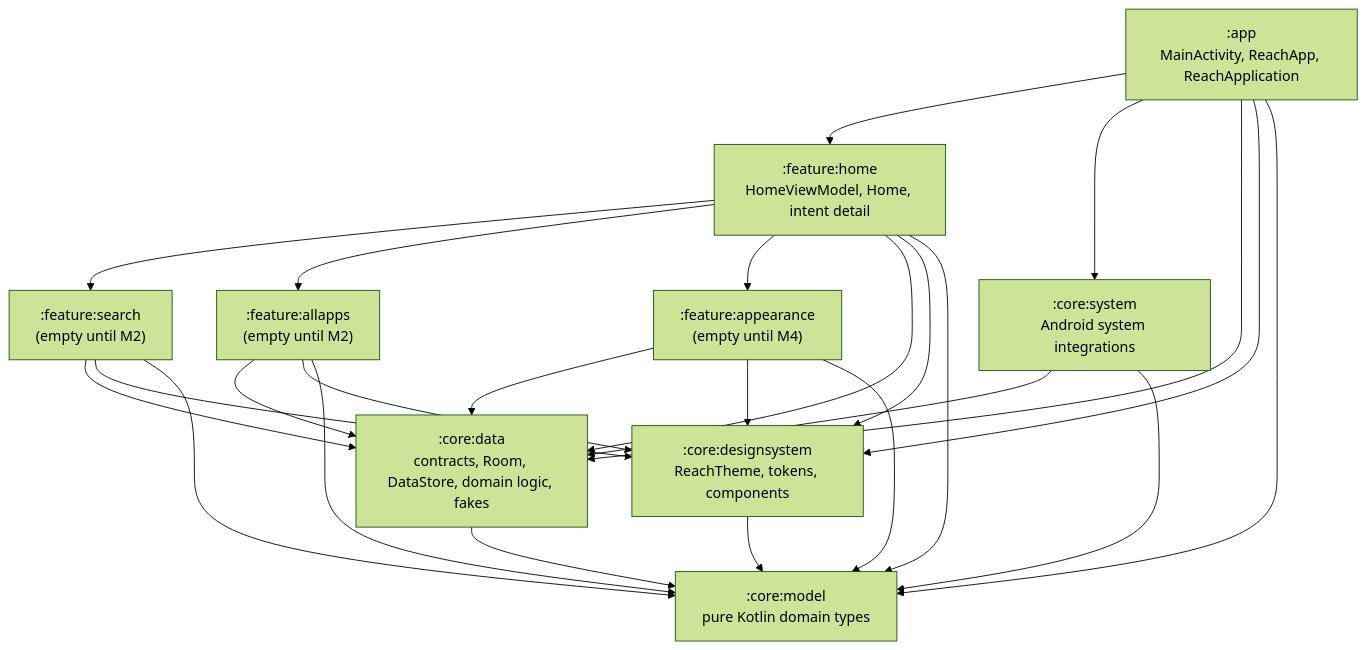
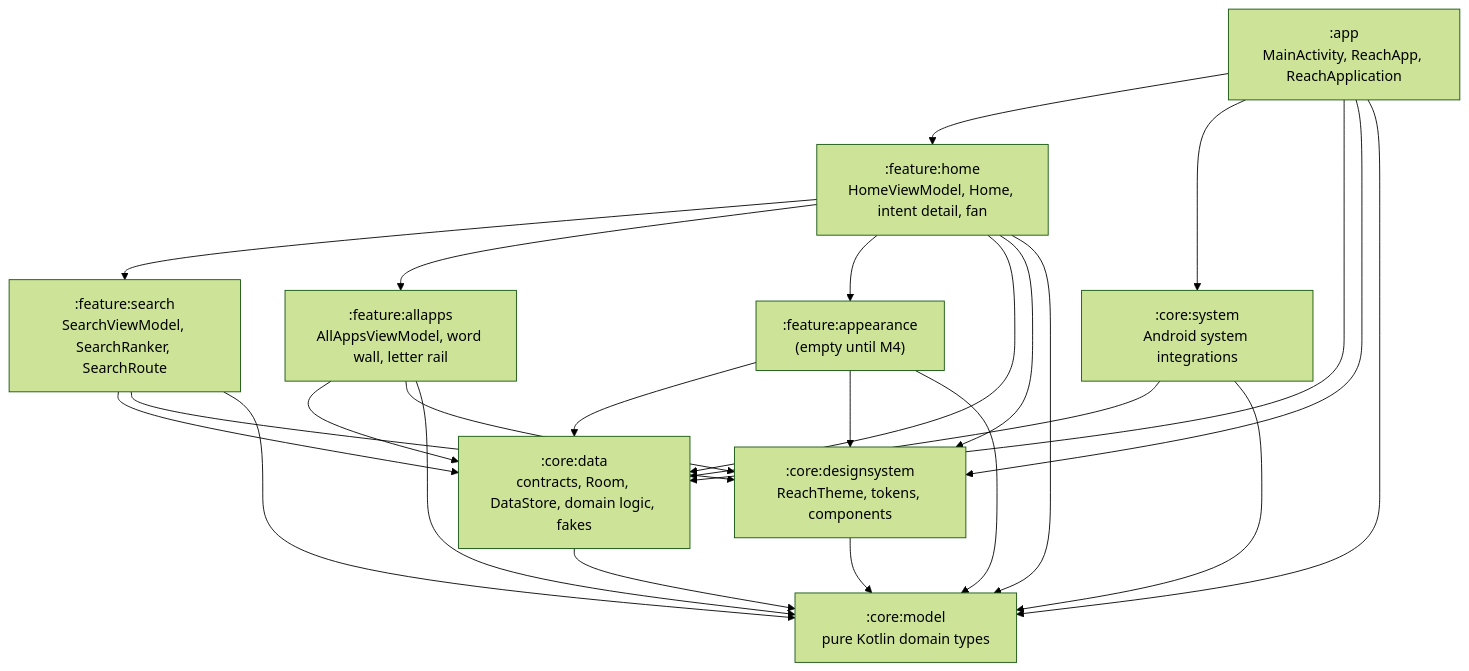
Before and after one commit to harundemir918/reachlauncher: the first of 8 diagrams in docs/ARCHITECTURE.md, drawn with Mermaid (forest theme). The commit also changed other lines of this file and 5 other files, not shown here.

First line of the commit message:
M2: Speed — search, All Apps with letter rail, press-slide-release

````diff
--- a/docs/ARCHITECTURE.md
+++ b/docs/ARCHITECTURE.md
@@ -16,37 +17,37 @@
 ```mermaid
 graph TD
     app[":app<br/>MainActivity, ReachApp, ReachApplication"]
-    home[":feature:home<br/>HomeViewModel, Home, intent detail"]
-    search[":feature:search<br/>(empty until M2)"]
-    allapps[":feature:allapps<br/>(empty until M2)"]
+    home[":feature:home<br/>HomeViewModel, Home, intent detail, fan"]
+    search[":feature:search<br/>SearchViewModel, SearchRanker, SearchRoute"]
+    allapps[":feature:allapps<br/>AllAppsViewModel, word wall, letter rail"]
     appearance[":feature:appearance<br/>(empty until M4)"]
     ds[":core:designsystem<br/>ReachTheme, tokens, components"]
     data[":core:data<br/>contracts, Room, DataStore, domain logic, fakes"]
     system[":core:system<br/>Android system integrations"]
     model[":core:model<br/>pure Kotlin domain types"]
 
     app --> home
     app --> system
     app --> data
     app --> ds
     app --> model
     home --> search
     home --> allapps
     home --> appearance
     home --> data
     home --> ds
     home --> model
     search --> data
     search --> ds
     search --> model
     allapps --> data
     allapps --> ds
     allapps --> model
     appearance --> data
     appearance --> ds
     appearance --> model
     system --> data
     system --> model
     data --> model
     ds --> model
 ```
````
